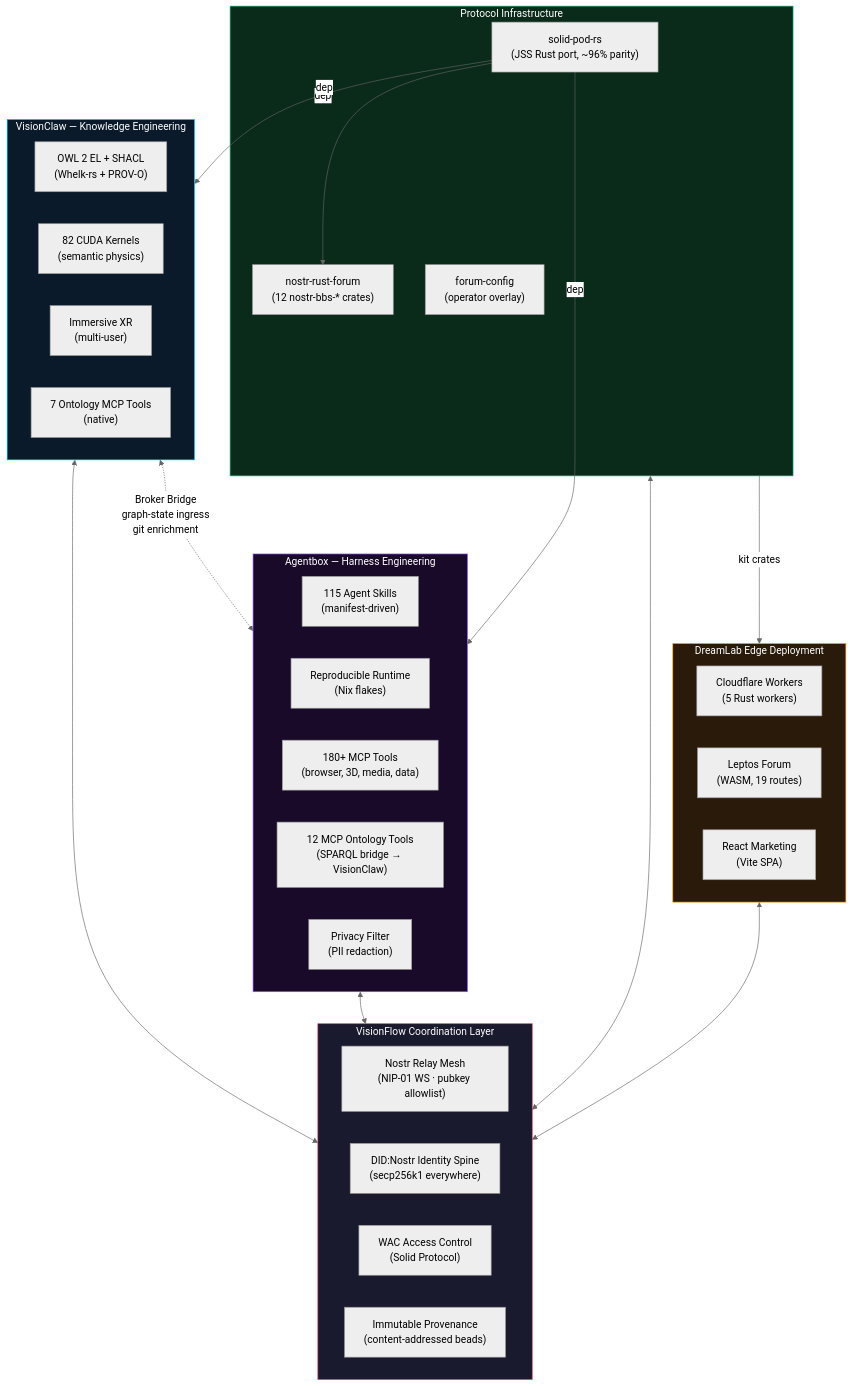
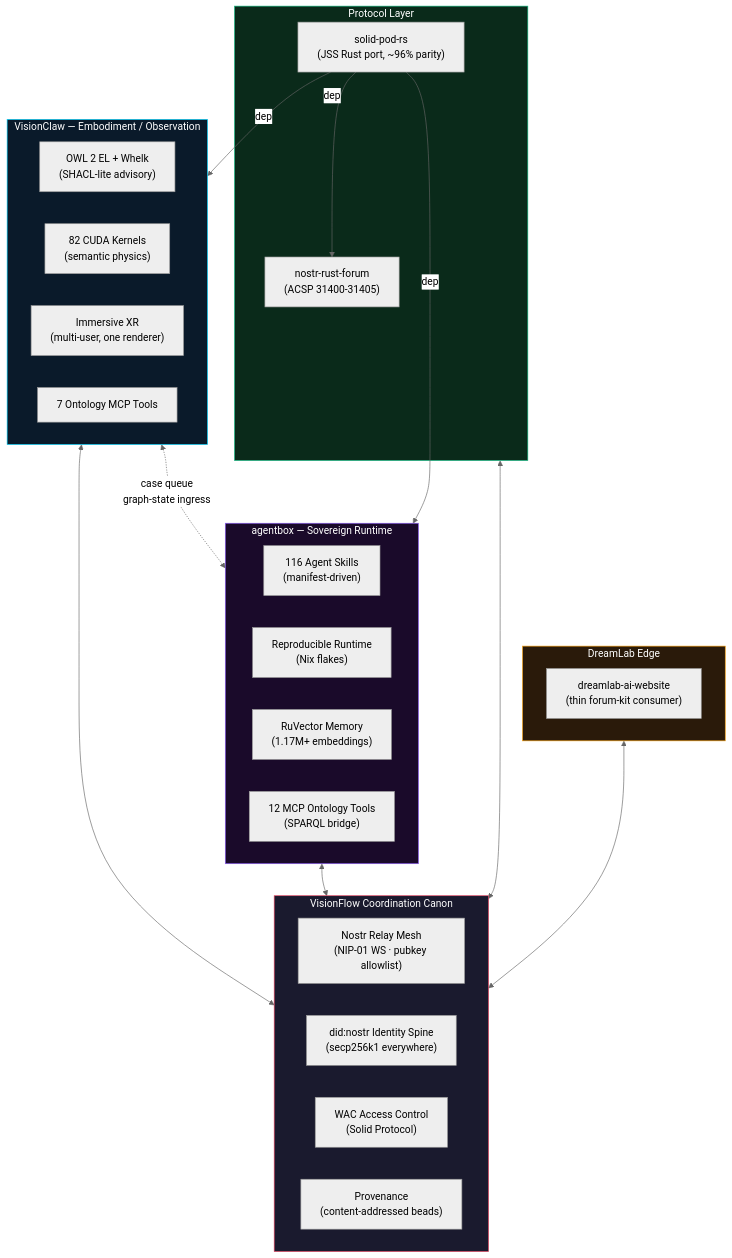
The diagram in README.md (DreamLab-AI/VisionFlow), drawn with Mermaid (neutral theme) before and after one commit. The commit also changed other lines of this file and 3 other files, not shown here.

````diff
--- a/README.md
+++ b/README.md
@@ -116,54 +65,49 @@
 ```mermaid
 flowchart TB
-    subgraph VF["VisionFlow Coordination Layer"]
+    subgraph VF["VisionFlow Coordination Canon"]
         direction LR
         MESH["Nostr Relay Mesh\n(NIP-01 WS · pubkey allowlist)"]
-        DID["DID:Nostr Identity Spine\n(secp256k1 everywhere)"]
+        DID["did:nostr Identity Spine\n(secp256k1 everywhere)"]
         WAC["WAC Access Control\n(Solid Protocol)"]
-        PROV["Immutable Provenance\n(content-addressed beads)"]
+        PROV["Provenance\n(content-addressed beads)"]
     end
 
-    subgraph VC["VisionClaw — Knowledge Engineering"]
-        OWL["OWL 2 EL + SHACL\n(Whelk-rs + PROV-O)"]
+    subgraph VC["VisionClaw — Embodiment / Observation"]
+        OWL["OWL 2 EL + Whelk\n(SHACL-lite advisory)"]
         GPU["82 CUDA Kernels\n(semantic physics)"]
-        XR["Immersive XR\n(multi-user)"]
-        MCP_VC["7 Ontology MCP Tools\n(native)"]
+        XR["Immersive XR\n(multi-user, one renderer)"]
+        MCP_VC["7 Ontology MCP Tools"]
     end
 
-    subgraph AB["Agentbox — Harness Engineering"]
-        AGENTS["115 Agent Skills\n(manifest-driven)"]
+    subgraph AB["agentbox — Sovereign Runtime"]
+        AGENTS["116 Agent Skills\n(manifest-driven)"]
         NIX["Reproducible Runtime\n(Nix flakes)"]
-        TOOLS["180+ MCP Tools\n(browser, 3D, media, data)"]
-        BRIDGE["12 MCP Ontology Tools\n(SPARQL bridge → VisionClaw)"]
-        PRIV["Privacy Filter\n(PII redaction)"]
+        MEM["RuVector Memory\n(1.17M+ embeddings)"]
+        BRIDGE["12 MCP Ontology Tools\n(SPARQL bridge)"]
     end
 
-    subgraph PROTO["Protocol Infrastructure"]
+    subgraph PROTO["Protocol Layer"]
         SPR["solid-pod-rs\n(JSS Rust port, ~96% parity)"]
-        NRF["nostr-rust-forum\n(12 nostr-bbs-* crates)"]
-        FC["forum-config\n(operator overlay)"]
+        NRF["nostr-rust-forum\n(ACSP 31400-31405)"]
     end
 
-    subgraph EDGE["DreamLab Edge Deployment"]
-        CF["Cloudflare Workers\n(5 Rust workers)"]
-        FORUM["Leptos Forum\n(WASM, 19 routes)"]
-        SITE["React Marketing\n(Vite SPA)"]
+    subgraph EDGE["DreamLab Edge"]
+        SITE["dreamlab-ai-website\n(thin forum-kit consumer)"]
     end
 
     VC <--> VF
     AB <--> VF
     PROTO <--> VF
     EDGE <--> VF
 
-    VC <-.->|"Broker Bridge\ngraph-state ingress\ngit enrichment"| AB
-    PROTO -->|"kit crates"| EDGE
+    VC <-.->|"case queue\ngraph-state ingress"| AB
     SPR -->|"dep"| NRF
     SPR -->|"dep"| AB
     SPR -->|"dep"| VC
 
     style VF fill:#1a1a2e,stroke:#e94560,color:#fff
     style VC fill:#0a1a2a,stroke:#00d4ff,color:#fff
     style AB fill:#1a0a2a,stroke:#8b5cf6,color:#fff
     style PROTO fill:#0a2a1a,stroke:#10b981,color:#fff
     style EDGE fill:#2a1a0a,stroke:#f59e0b,color:#fff
 ```
````
